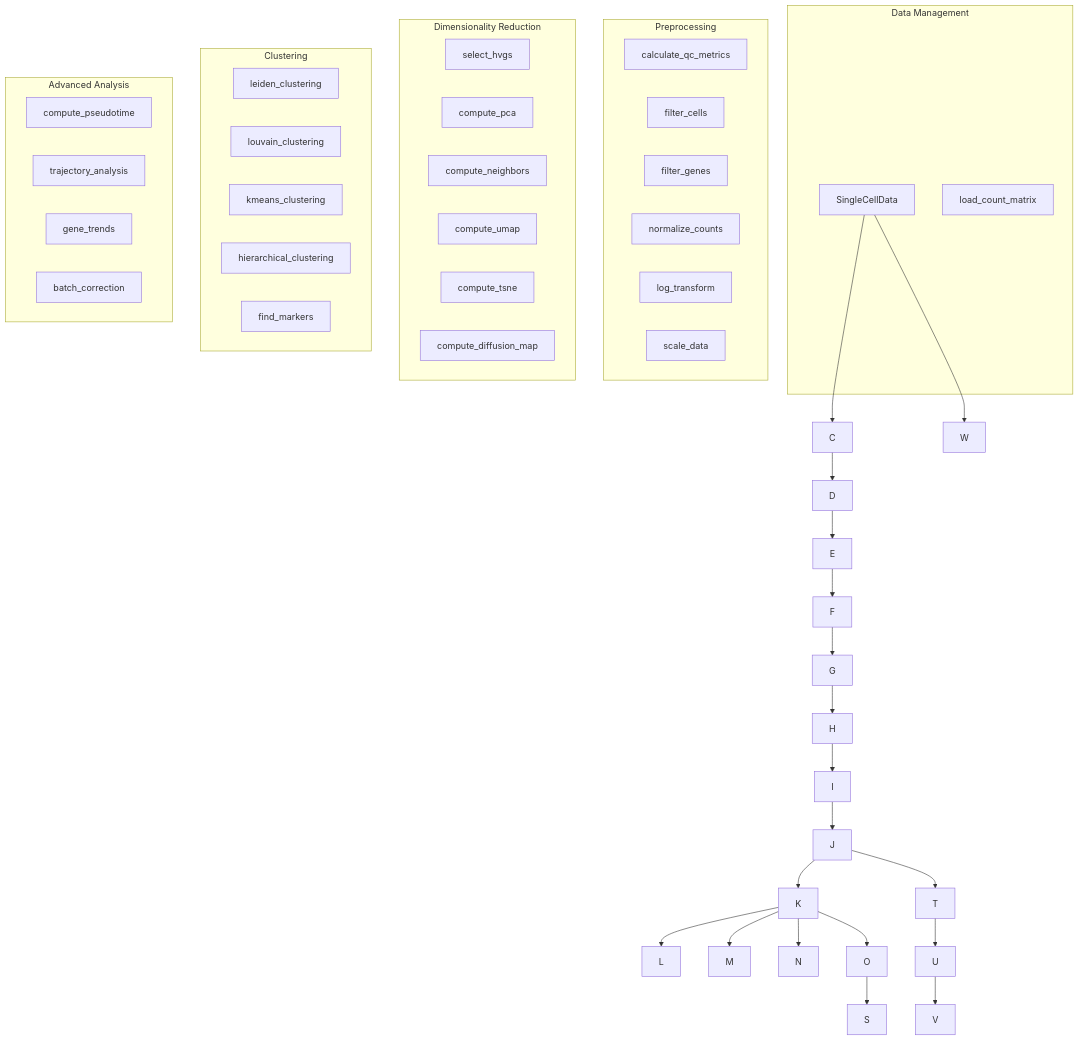
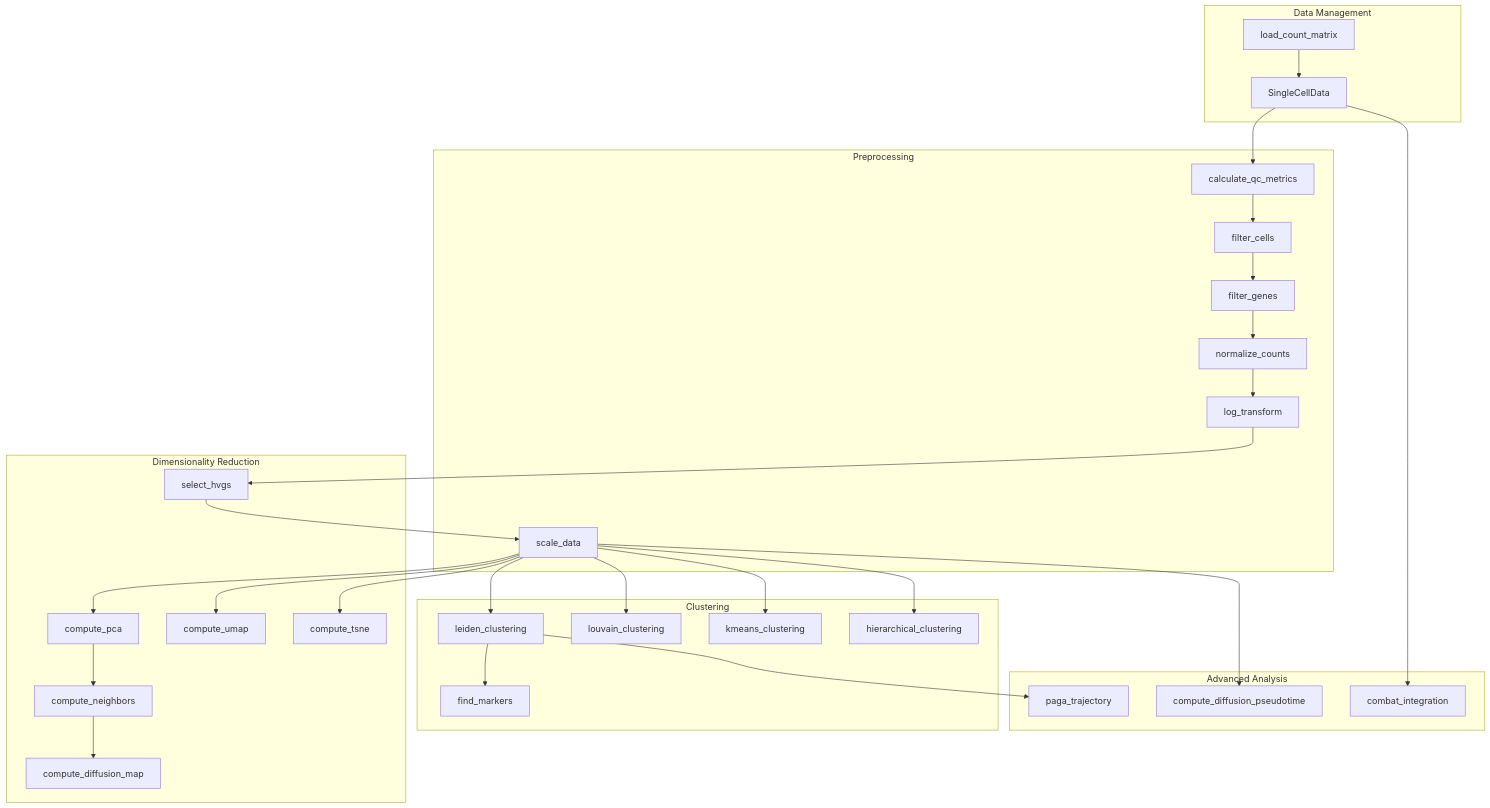
The diagram in docs/singlecell/index.md (docxology/MetaInformAnt), drawn with Mermaid before and after one commit. The commit also changed other lines of this file and 532 other files, not shown here.

````diff
--- a/docs/singlecell/index.md
+++ b/docs/singlecell/index.md
@@ -19,59 +19,61 @@
 ```mermaid
 flowchart TB
   subgraph DatadataManagement[Data Management]
     A[SingleCellData]
-    BloadCountMatrix[load_count_matrix]
+    B[load_count_matrix]
   end
   
   subgraph Preprocessing
-    CcalculateQcMetrics[calculate_qc_metrics]
-    DfilterCells[filter_cells]
-    EfilterGenes[filter_genes]
-    FnormalizeCounts[normalize_counts]
-    GlogTransform[log_transform]
-    HscaleData[scale_data]
+    C[calculate_qc_metrics]
+    D[filter_cells]
+    E[filter_genes]
+    F[normalize_counts]
+    G[log_transform]
+    H[scale_data]
   end
   
   subgraph DimensionalitydimensionalityReduction[Dimensionality Reduction]
-    IselectHvgs[select_hvgs]
-    JcomputePca[compute_pca]
-    KcomputeNeighbors[compute_neighbors]
-    LcomputeUmap[compute_umap]
-    McomputeTsne[compute_tsne]
-    NcomputeDiffusionMap[compute_diffusion_map]
+    I[select_hvgs]
+    J[compute_pca]
+    K[compute_neighbors]
+    L[compute_umap]
+    M[compute_tsne]
+    N[compute_diffusion_map]
   end
   
   subgraph Clustering
-    OleidenClustering[leiden_clustering]
-    PlouvainClustering[louvain_clustering]
-    QkmeansClustering[kmeans_clustering]
-    RhierarchicalClustering[hierarchical_clustering]
-    SfindMarkers[find_markers]
+    O[leiden_clustering]
+    P[louvain_clustering]
+    Q[kmeans_clustering]
+    R[hierarchical_clustering]
+    S[find_markers]
   end
   
   subgraph AnalysisadvancedAnalysis[Advanced Analysis]
-    TcomputePseudotime[compute_pseudotime]
-    UtrajectoryAnalysis[trajectory_analysis]
-    VgeneTrends[gene_trends]
-    WbatchCorrection[batch_correction]
+    T[compute_diffusion_pseudotime]
+    U[paga_trajectory]
+    W[combat_integration]
   end
   
+  B --> A
   A --> C
   C --> D
   D --> E
   E --> F
   F --> G
-  G --> H
-  H --> I
-  I --> J
+  G --> I
+  I --> H
+  H --> J
   J --> K
-  K --> L
-  K --> M
   K --> N
-  K --> O
+  H --> L
+  H --> M
+  H --> O
+  H --> P
+  H --> Q
+  H --> R
   O --> S
-  J --> T
-  T --> U
-  U --> V
+  H --> T
+  O --> U
   A --> W
 ```
````
